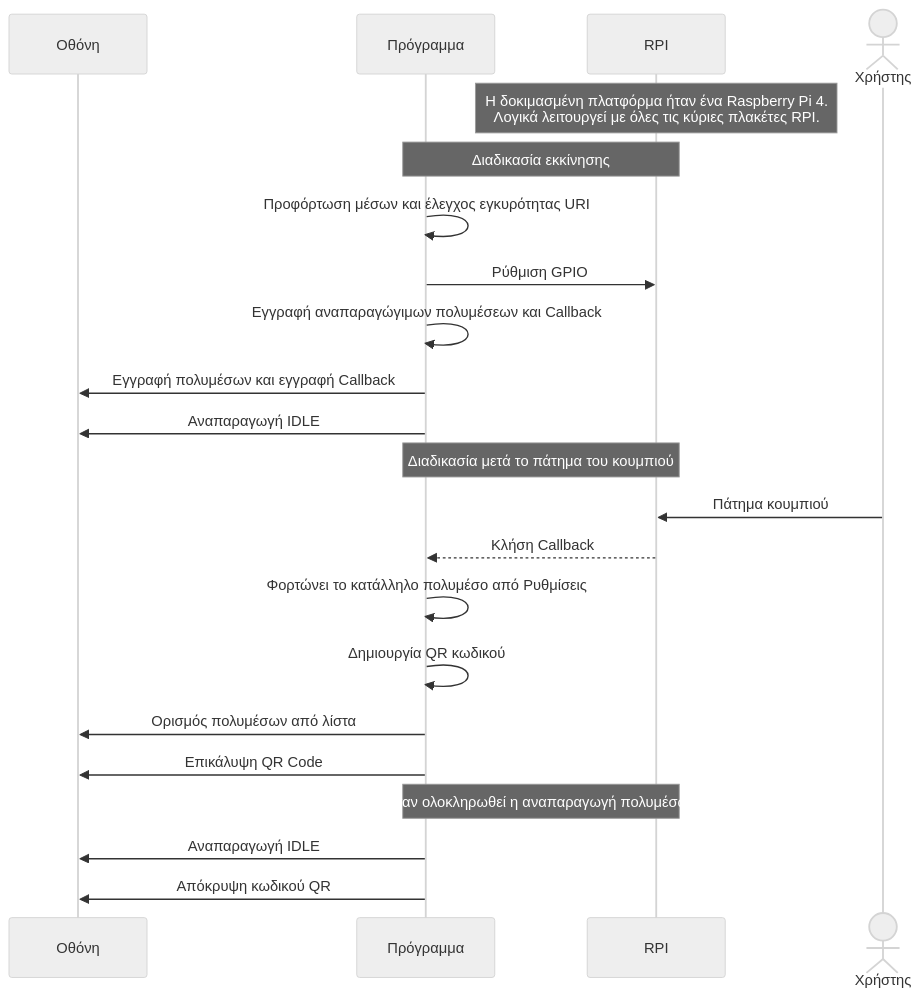
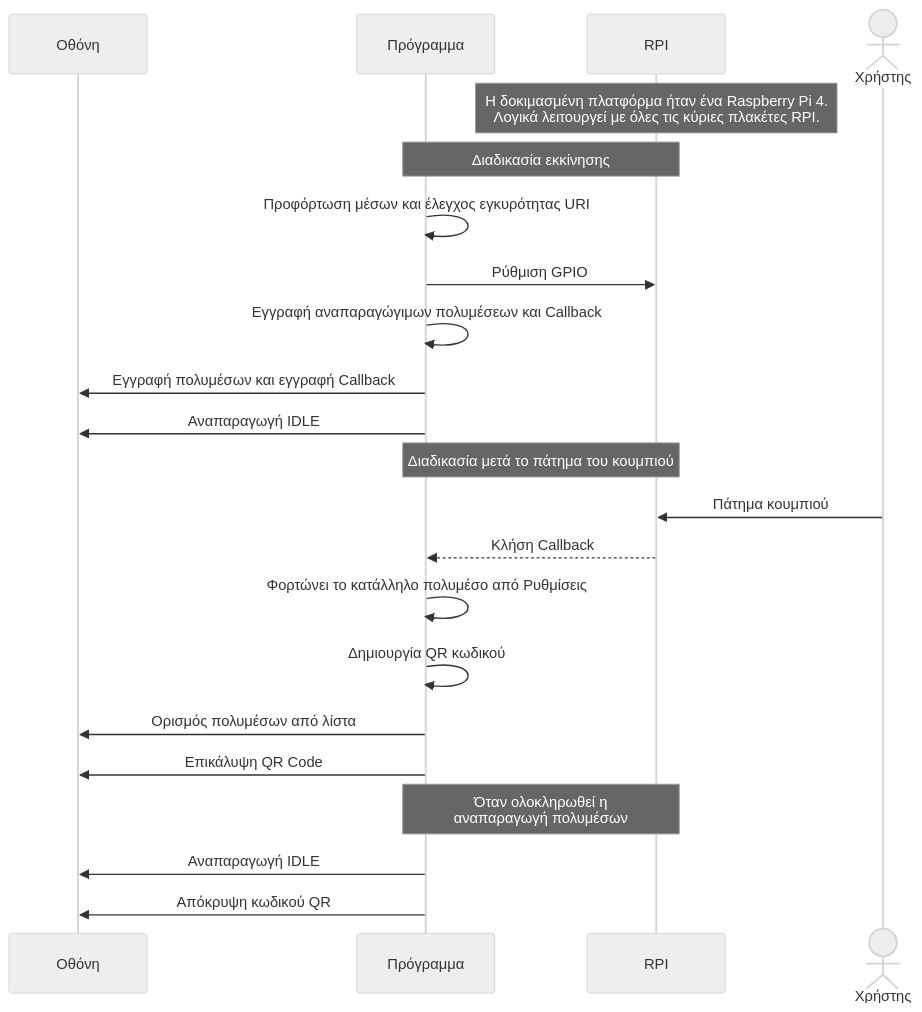
One commit to 4th-High-School-of-Trikala/4peirlyk-vlc changed the diagram in README.md. Above: the diagram before and after it, drawn with Mermaid (neutral theme).

Commit message:
docs: readme spacing

````diff
--- a/README.md
+++ b/README.md
@@ -22,29 +22,29 @@
 ```mermaid
 sequenceDiagram
   participant Οθόνη
   participant Πρόγραμμα
   participant RPI
   actor Χρήστης
 
   Note over RPI: Η δοκιμασμένη πλατφόρμα ήταν ένα Raspberry Pi 4.<br/>Λογικά λειτουργεί με όλες τις κύριες πλακέτες RPI.
   Note over Πρόγραμμα,RPI: Διαδικασία εκκίνησης
   Πρόγραμμα ->> Πρόγραμμα: Προφόρτωση μέσων και έλεγχος εγκυρότητας URI
 
   Πρόγραμμα ->> RPI: Ρύθμιση GPIO
   Πρόγραμμα ->> Πρόγραμμα: Εγγραφή αναπαραγώγιμων πολυμέσεων και Callback
 
   Πρόγραμμα ->> Οθόνη: Εγγραφή πολυμέσων και εγγραφή Callback
   Πρόγραμμα ->> Οθόνη: Αναπαραγωγή IDLE
 
   Note over Πρόγραμμα,RPI: Διαδικασία μετά το πάτημα του κουμπιού
   Χρήστης ->> RPI: Πάτημα κουμπιού
   RPI -->> Πρόγραμμα: Κλήση Callback
   Πρόγραμμα ->> Πρόγραμμα: Φορτώνει το κατάλληλο πολυμέσο από Ρυθμίσεις
   Πρόγραμμα ->> Πρόγραμμα: Δημιουργία QR κωδικού
   Πρόγραμμα ->> Οθόνη: Ορισμός πολυμέσων από λίστα
   Πρόγραμμα ->> Οθόνη: Επικάλυψη QR Code
 
-  Note over Πρόγραμμα,RPI: Όταν ολοκληρωθεί η αναπαραγωγή πολυμέσων
+  Note over Πρόγραμμα,RPI: Όταν ολοκληρωθεί η <br/> αναπαραγωγή πολυμέσων
   Πρόγραμμα ->> Οθόνη: Αναπαραγωγή IDLE
   Πρόγραμμα ->> Οθόνη: Απόκρυψη κωδικού QR
 ```
````
